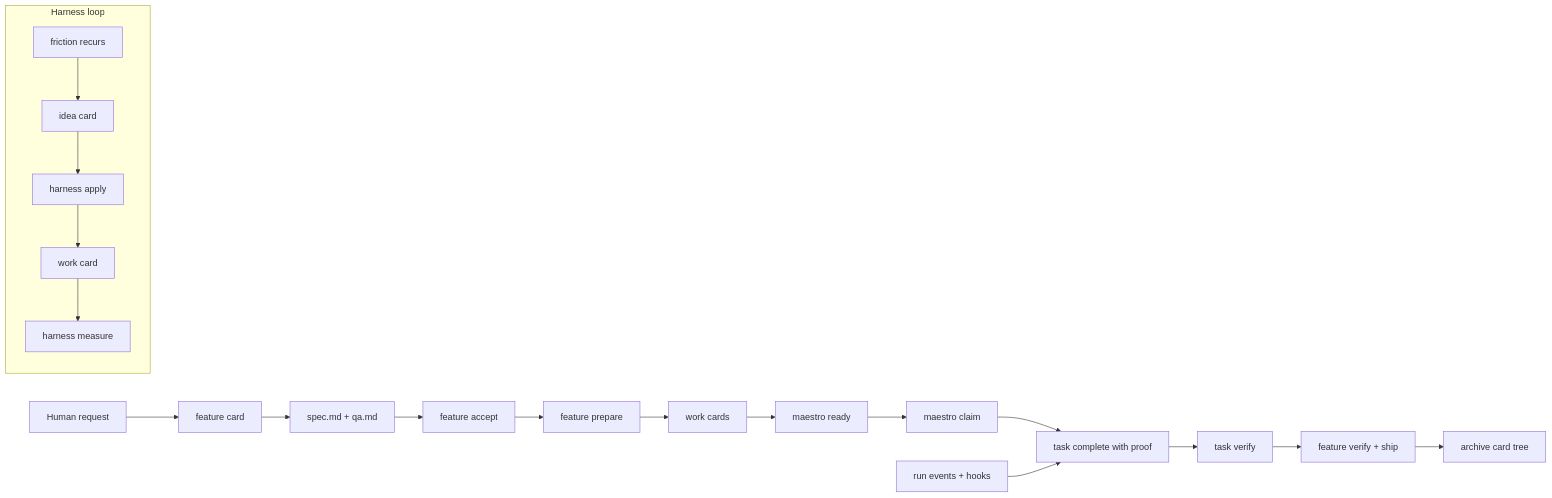
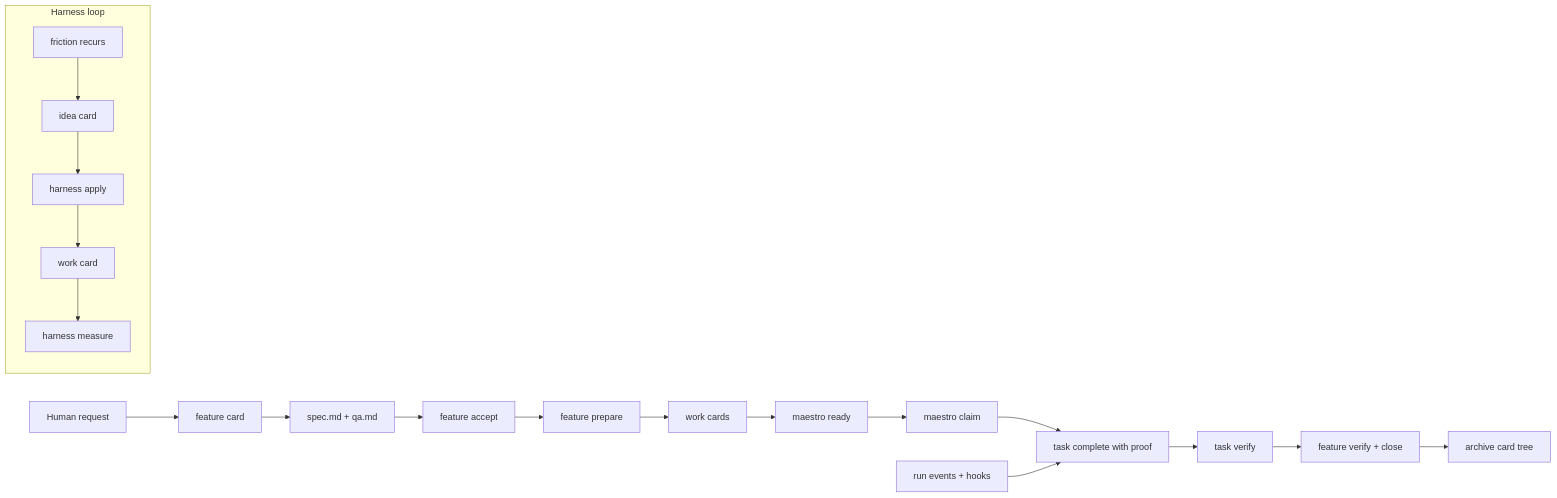
Before and after one commit to ReinaMacCredy/maestro: the first of 2 diagrams in README.md, drawn with Mermaid. The commit also changed other lines of this file and 1 other file, not shown here.

First line of the commit message:
docs: rename feature lifecycle `ship` -> `close` in README + ARCHITECTURE

````diff
--- a/README.md
+++ b/README.md
@@ -56,23 +56,23 @@
 ```mermaid
 flowchart LR
     A[Human request] --> B[feature card]
     B --> C[spec.md + qa.md]
     C --> D[feature accept]
     D --> E[feature prepare]
     E --> F[work cards]
     F --> G[maestro ready]
     G --> H[maestro claim]
     H --> I[task complete with proof]
     I --> J[task verify]
-    J --> K[feature verify + ship]
+    J --> K[feature verify + close]
     K --> L[archive card tree]
 
     R[run events + hooks] --> I
 
     subgraph Harness loop
         M[friction recurs] --> N[idea card]
         N --> O[harness apply]
         O --> P[work card]
         P --> Q[harness measure]
     end
 ```
````
